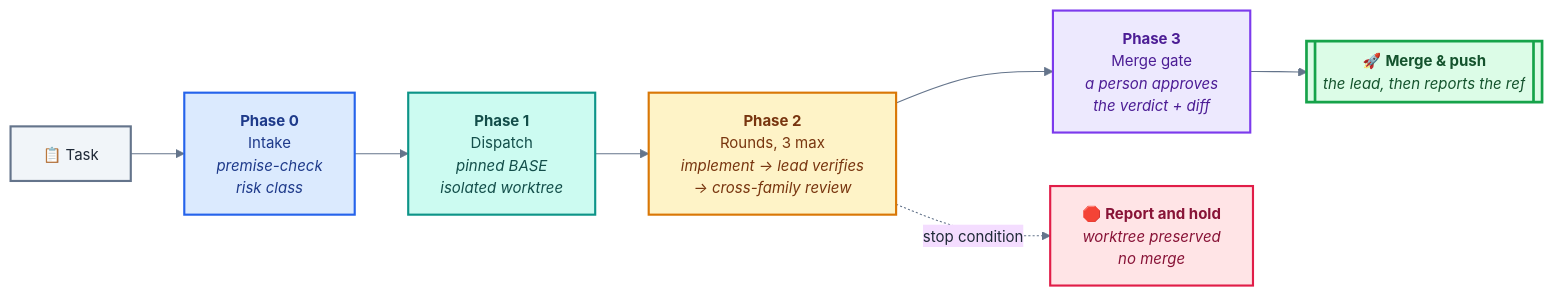
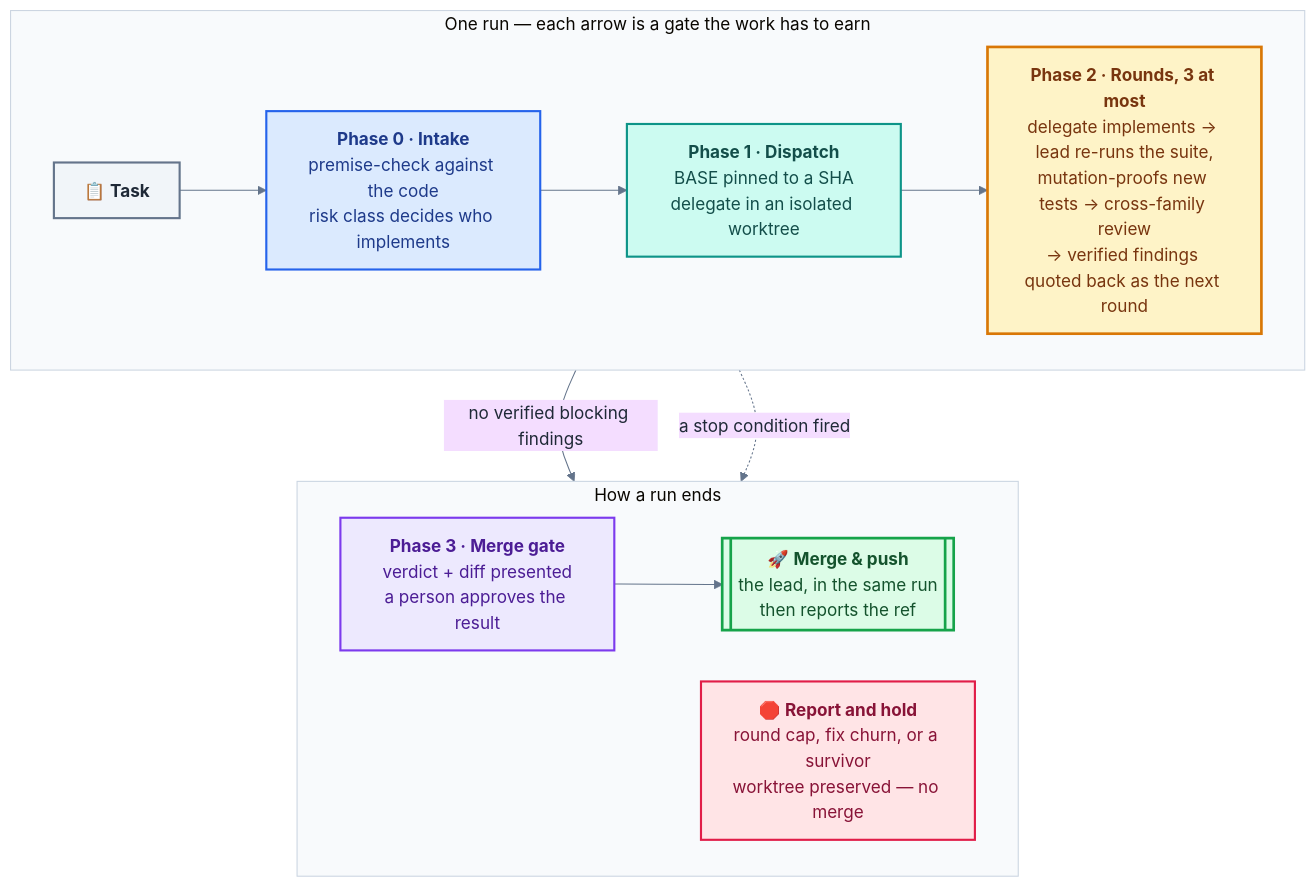
Before and after one commit to aarontzeng/dev-lead: the second of 2 diagrams in README.md, drawn with Mermaid.

Commit message:
README: the run-flow diagram in two rows, with room to read
One row for the run (Task → Intake → Dispatch → Rounds), one for how it
ends (Merge gate → Merge & push, or Report and hold); four boxes per row
instead of seven, 16px type, no italics (GitHub's renderer clipped them),
and the stop-condition edge no longer crosses the phase row.

````diff
--- a/README.md
+++ b/README.md
@@ -116,25 +116,38 @@
 ```mermaid
-%%{init: {"theme": "base", "themeVariables": {"fontFamily": "ui-sans-serif, system-ui, sans-serif", "fontSize": "14px", "primaryTextColor": "#1f2937", "lineColor": "#64748b"}}}%%
-flowchart LR
-    A["📋 Task"] --> B["<b>Phase 0</b><br/>Intake<br/><i>premise-check<br/>risk class</i>"]
-    B --> C["<b>Phase 1</b><br/>Dispatch<br/><i>pinned BASE<br/>isolated worktree</i>"]
-    C --> D["<b>Phase 2</b><br/>Rounds, 3 max<br/><i>implement → lead verifies<br/>→ cross-family review</i>"]
-    D --> E["<b>Phase 3</b><br/>Merge gate<br/><i>a person approves<br/>the verdict + diff</i>"]
-    E --> F[["🚀 <b>Merge & push</b><br/><i>the lead, then reports the ref</i>"]]
-    D -.->|"stop condition"| G["🛑 <b>Report and hold</b><br/><i>worktree preserved<br/>no merge</i>"]
+%%{init: {"theme": "base", "themeVariables": {"fontFamily": "ui-sans-serif, system-ui, sans-serif", "fontSize": "16px", "primaryTextColor": "#1f2937", "lineColor": "#64748b", "clusterBkg": "#f8fafc", "clusterBorder": "#cbd5e1"}, "flowchart": {"nodeSpacing": 48, "rankSpacing": 56, "padding": 14, "htmlLabels": true}}}%%
+flowchart TB
+    subgraph RUN["One run — each arrow is a gate the work has to earn"]
+        direction LR
+        T["📋 <b>Task</b>"]
+        P0["<b>Phase 0 · Intake</b><br/>premise-check against the code<br/>risk class decides who implements"]
+        P1["<b>Phase 1 · Dispatch</b><br/>BASE pinned to a SHA<br/>delegate in an isolated worktree"]
+        P2["<b>Phase 2 · Rounds, 3 at most</b><br/>delegate implements → lead re-runs the suite,<br/>mutation-proofs new tests → cross-family review<br/>→ verified findings quoted back as the next round"]
+        T --> P0 --> P1 --> P2
+    end
+
+    subgraph END["How a run ends"]
+        direction LR
+        M["<b>Phase 3 · Merge gate</b><br/>verdict + diff presented<br/>a person approves the result"]
+        F[["🚀 <b>Merge & push</b><br/>the lead, in the same run<br/>then reports the ref"]]
+        H["🛑 <b>Report and hold</b><br/>round cap, fix churn, or a survivor<br/>worktree preserved — no merge"]
+        M --> F
+    end
+
+    P2 -->|"no verified blocking findings"| M
+    P2 -.->|"a stop condition fired"| H
 
     classDef task fill:#f1f5f9,stroke:#64748b,stroke-width:2px,color:#1f2937
     classDef intake fill:#dbeafe,stroke:#2563eb,stroke-width:2px,color:#1e3a8a
     classDef dispatch fill:#ccfbf1,stroke:#0d9488,stroke-width:2px,color:#134e4a
-    classDef rounds fill:#fef3c7,stroke:#d97706,stroke-width:2px,color:#78350f
+    classDef rounds fill:#fef3c7,stroke:#d97706,stroke-width:2.5px,color:#78350f
     classDef gate fill:#ede9fe,stroke:#7c3aed,stroke-width:2px,color:#4c1d95
     classDef push fill:#dcfce7,stroke:#16a34a,stroke-width:2.5px,color:#14532d
     classDef hold fill:#ffe4e6,stroke:#e11d48,stroke-width:2px,color:#881337
-    class A task
-    class B intake
-    class C dispatch
-    class D rounds
-    class E gate
+    class T task
+    class P0 intake
+    class P1 dispatch
+    class P2 rounds
+    class M gate
     class F push
-    class G hold
+    class H hold
 ```
````
